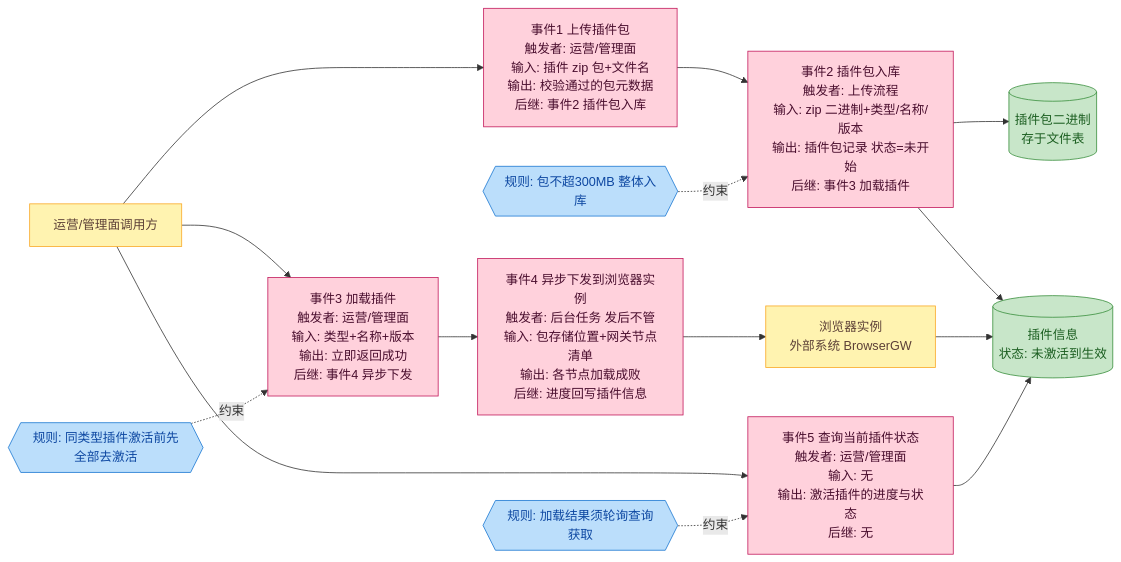
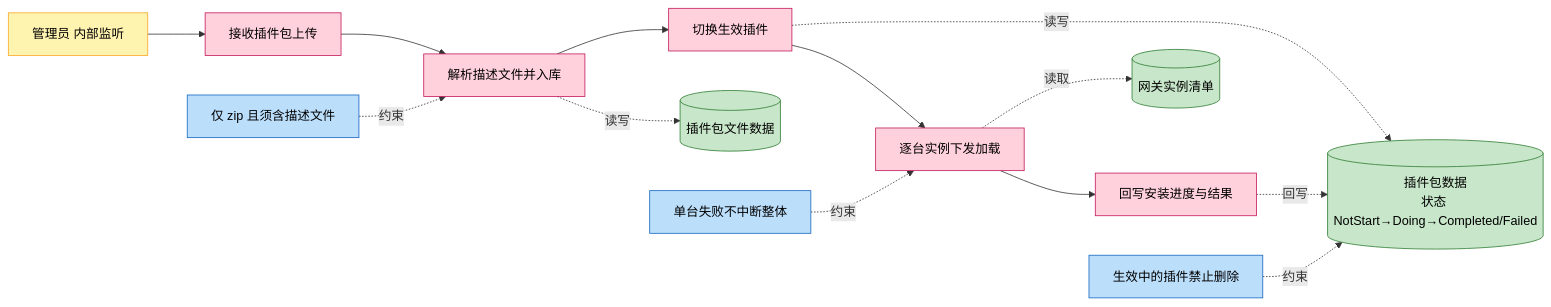
One commit to CoreGeekASTL/AIAction changed the first of 4 diagrams in docs/story/feature-plugin-manage.md. Above: the diagram before and after it, drawn with Mermaid. The commit also changed other lines of this file and 6 other files, not shown here.

````diff
--- a/docs/story/feature-plugin-manage.md
+++ b/docs/story/feature-plugin-manage.md
@@ -10,35 +14,29 @@
 ```mermaid
 flowchart LR
-    classDef mi fill:#ffd1dc,stroke:#c2185b,color:#4a0e2e
-    classDef role fill:#fff3b0,stroke:#f9a825,color:#5d4037
-    classDef ppt fill:#c8e6c9,stroke:#388e3c,color:#1b5e20
-    classDef desc fill:#bbdefb,stroke:#1976d2,color:#0d47a1
+  classDef mi fill:#ffd1dc,stroke:#c2185b,color:#000
+  classDef role fill:#fff3b0,stroke:#f9a825,color:#000
+  classDef ppt fill:#c8e6c9,stroke:#2e7d32,color:#000
+  classDef desc fill:#bbdefb,stroke:#1565c0,color:#000
 
-    OP[运营/管理面调用方]:::role
-    BR[浏览器实例<br/>外部系统 BrowserGW]:::role
+  Admin[管理员 内部监听]:::role
+  E1[接收插件包上传]:::mi
+  E2[解析描述文件并入库]:::mi
+  E3[切换生效插件]:::mi
+  E4[逐台实例下发加载]:::mi
+  E5[回写安装进度与结果]:::mi
+  Pkg[(插件包数据<br/>状态 NotStart→Doing→Completed/Failed)]:::ppt
+  File[(插件包文件数据)]:::ppt
+  Inst[(网关实例清单)]:::ppt
+  R1[仅 zip 且须含描述文件]:::desc
+  R2[生效中的插件禁止删除]:::desc
+  R3[单台失败不中断整体]:::desc
 
-    E1[事件1 上传插件包<br/>触发者: 运营/管理面<br/>输入: 插件 zip 包+文件名<br/>输出: 校验通过的包元数据<br/>后继: 事件2 插件包入库]:::mi
-    E2[事件2 插件包入库<br/>触发者: 上传流程<br/>输入: zip 二进制+类型/名称/版本<br/>输出: 插件包记录 状态=未开始<br/>后继: 事件3 加载插件]:::mi
-    E3[事件3 加载插件<br/>触发者: 运营/管理面<br/>输入: 类型+名称+版本<br/>输出: 立即返回成功<br/>后继: 事件4 异步下发]:::mi
-    E4[事件4 异步下发到浏览器实例<br/>触发者: 后台任务 发后不管<br/>输入: 包存储位置+网关节点清单<br/>输出: 各节点加载成败<br/>后继: 进度回写插件信息]:::mi
-    E5[事件5 查询当前插件状态<br/>触发者: 运营/管理面<br/>输入: 无<br/>输出: 激活插件的进度与状态<br/>后继: 无]:::mi
-
-    P1[(插件包二进制<br/>存于文件表)]:::ppt
-    P2[(插件信息<br/>状态: 未激活到生效)]:::ppt
-
-    R1{{规则: 包不超300MB 整体入库}}:::desc
-    R2{{规则: 同类型插件激活前先全部去激活}}:::desc
-    R3{{规则: 加载结果须轮询查询获取}}:::desc
-
-    OP --> E1 --> E2
-    E2 --> P1
-    E2 --> P2
-    OP --> E3 --> E4
-    E4 --> BR
-    BR --> P2
-    OP --> E5
-    E5 --> P2
-    R1 -.约束.-> E2
-    R2 -.约束.-> E3
-    R3 -.约束.-> E5
+  Admin --> E1 --> E2 --> E3 --> E4 --> E5
+  E2 -.读写.-> File
+  E3 -.读写.-> Pkg
+  E4 -.读取.-> Inst
+  E5 -.回写.-> Pkg
+  R1 -.约束.-> E2
+  R2 -.约束.-> Pkg
+  R3 -.约束.-> E4
 ```
````
